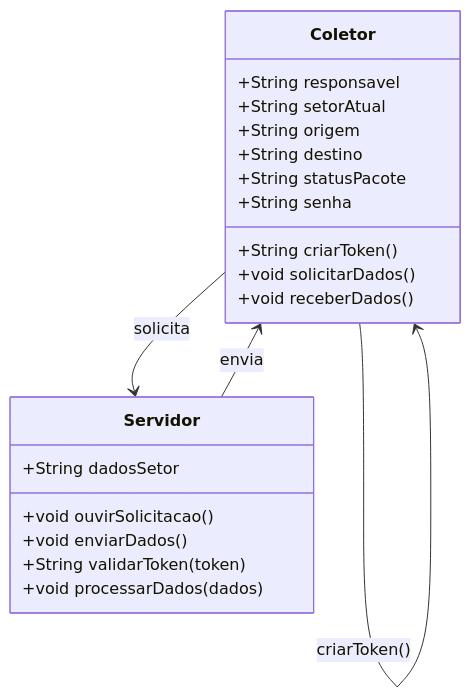
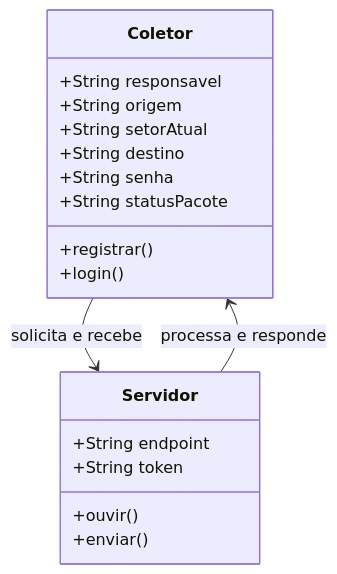
The diagram in Coletores/readme.md (pmd1308/sistema-de-rastreio-BackEnd), drawn with Mermaid before and after one commit.

Commit message:
Atualizado o diagrana

````diff
--- a/Coletores/readme.md
+++ b/Coletores/readme.md
@@ -3,26 +3,24 @@
 ```mermaid
 classDiagram
     class Coletor {
         +String responsavel
+        +String origem
         +String setorAtual
-        +String origem
         +String destino
+        +String senha
         +String statusPacote
-        +String senha
-        +String criarToken()
-        +void solicitarDados()
-        +void receberDados()
+        +registrar()
+        +login()
     }
 
     class Servidor {
-        +String dadosSetor
-        +void ouvirSolicitacao()
-        +void enviarDados()
-        +String validarToken(token)
-        +void processarDados(dados)
+        +String endpoint
+        +String token
+        +ouvir()
+        +enviar()
     }
 
-    Coletor --> Servidor : solicita
-    Servidor --> Coletor : envia
-    Coletor --> Coletor : criarToken()
+    Coletor --> Servidor : solicita e recebe
+    Servidor --> Coletor : processa e responde
+
 ```
````
